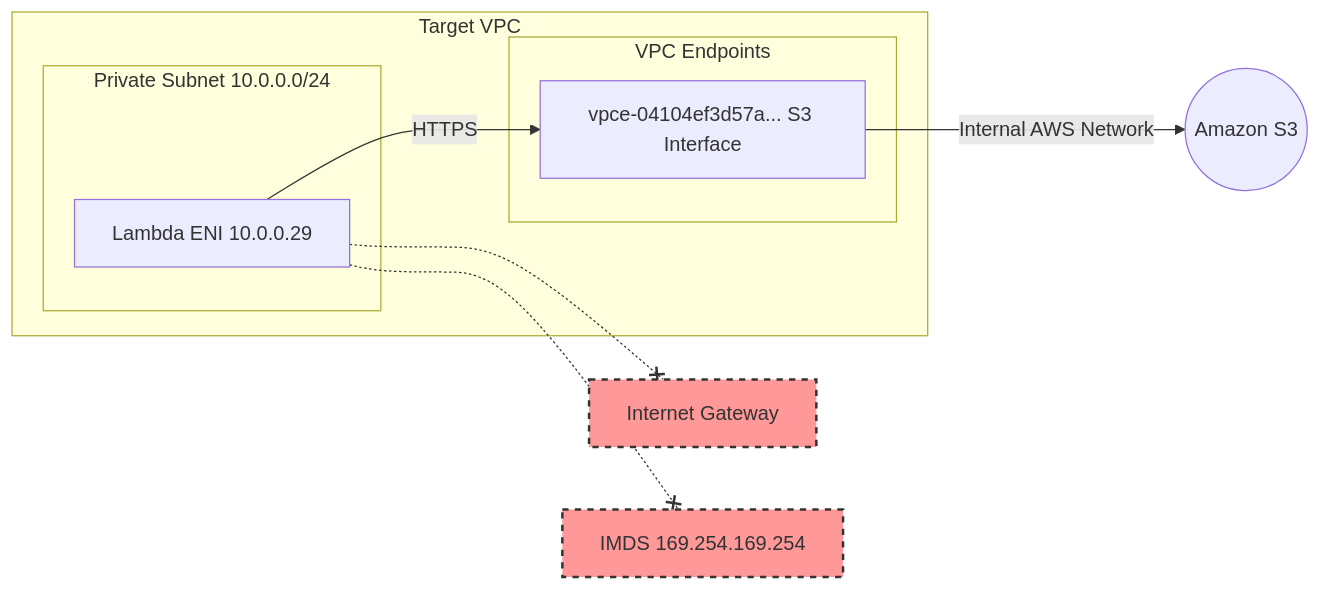
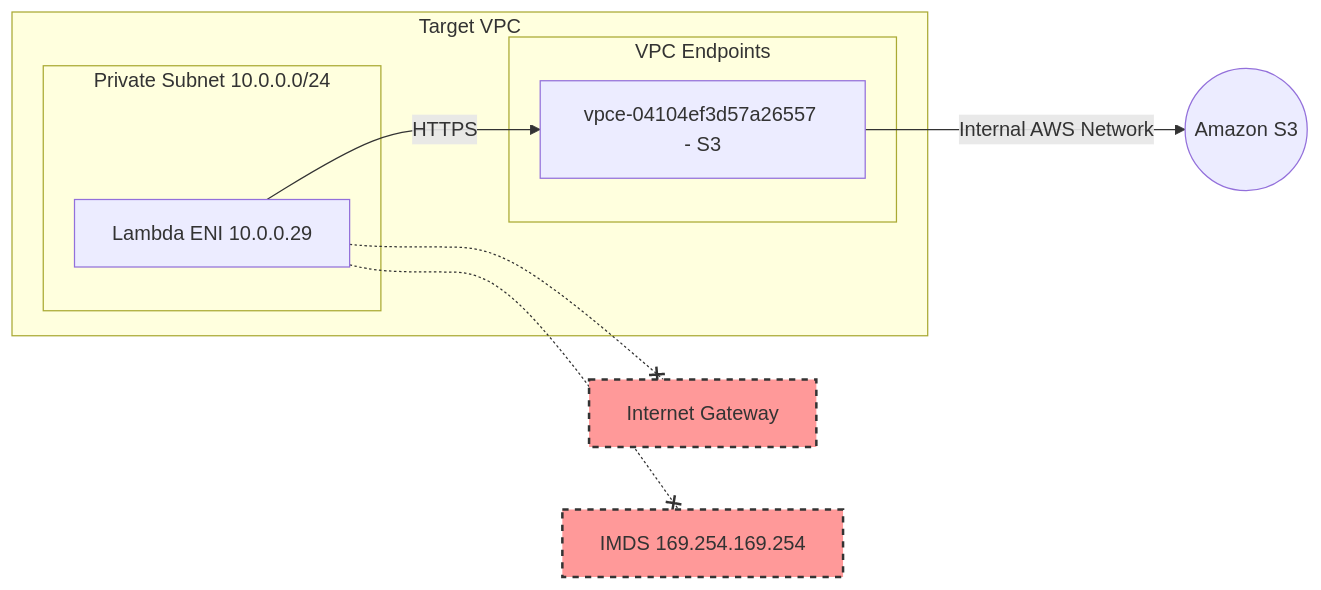
Before and after one commit to FREECANDY-DEV/MAFAT-2026: the third of 8 diagrams in cloud-escape/Stage_2_Comprehensive_Writeup.md, drawn with Mermaid. The commit also changed other lines of this file and 1 other file, not shown here.

Commit message:
Fix all Mermaid diagram syntax and headers in markdown files

````diff
--- a/cloud-escape/Stage_2_Comprehensive_Writeup.md
+++ b/cloud-escape/Stage_2_Comprehensive_Writeup.md
@@ -320,21 +321,21 @@
 ```mermaid
 graph LR
-    subgraph VPC [Target VPC]
-        subgraph Subnet [Private Subnet 10.0.0.0/24]
-            L[Lambda ENI 10.0.0.29]
+    subgraph VPC ["Target VPC"]
+        subgraph Subnet ["Private Subnet 10.0.0.0/24"]
+            L["Lambda ENI 10.0.0.29"]
         end
-        
-        subgraph Gateway [VPC Endpoints]
-            VPCE[vpce-04104ef3d57a... S3 Interface]
+
+        subgraph Gateway ["VPC Endpoints"]
+            VPCE["vpce-04104ef3d57a26557 - S3"]
         end
-        
+
         L -- HTTPS --> VPCE
     end
-    
-    VPCE -- Internal AWS Network --> S3((Amazon S3))
-    L -.-x IGW[Internet Gateway]
-    L -.-x IMDS[IMDS 169.254.169.254]
-    
+
+    VPCE -- "Internal AWS Network" --> S3(("Amazon S3"))
+    L -.-x IGW["Internet Gateway"]
+    L -.-x IMDS["IMDS 169.254.169.254"]
+
     style IGW fill:#ff9999,stroke:#333,stroke-width:2px,stroke-dasharray: 5 5
     style IMDS fill:#ff9999,stroke:#333,stroke-width:2px,stroke-dasharray: 5 5
 ```
````
